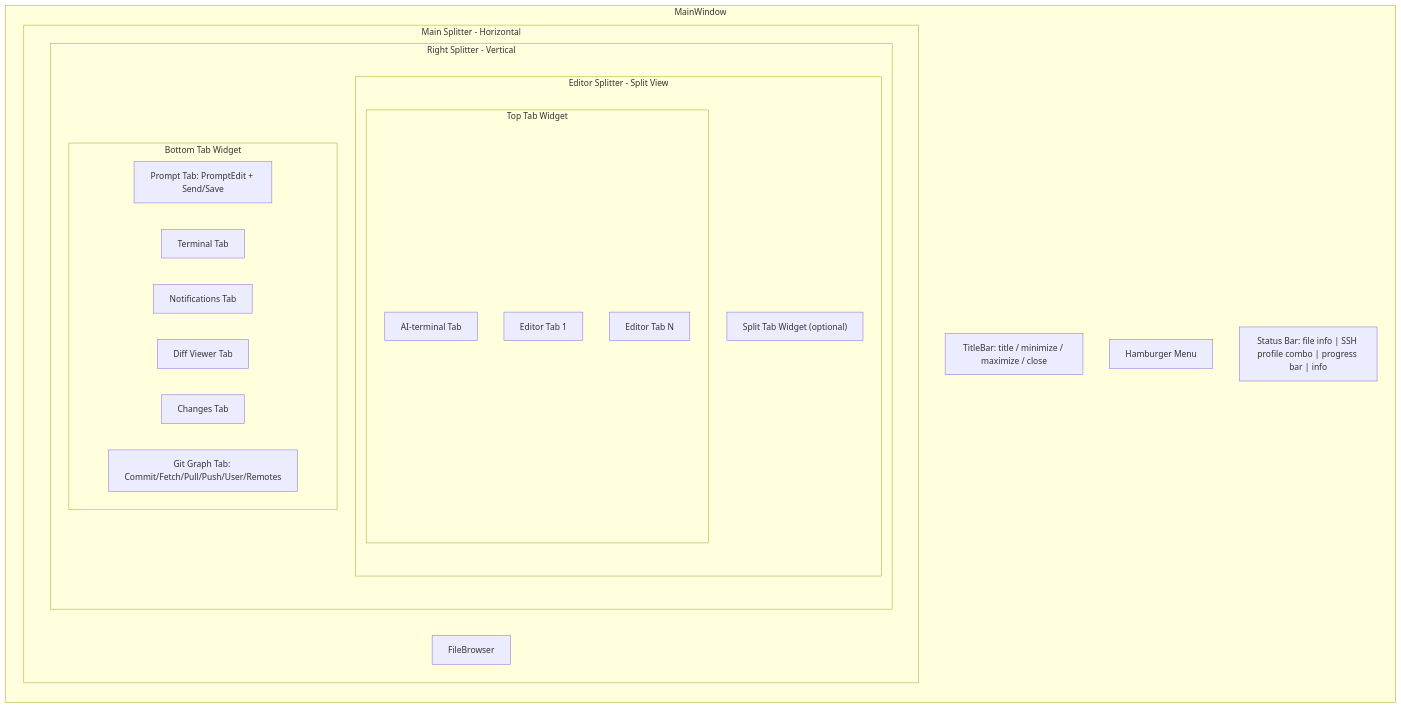
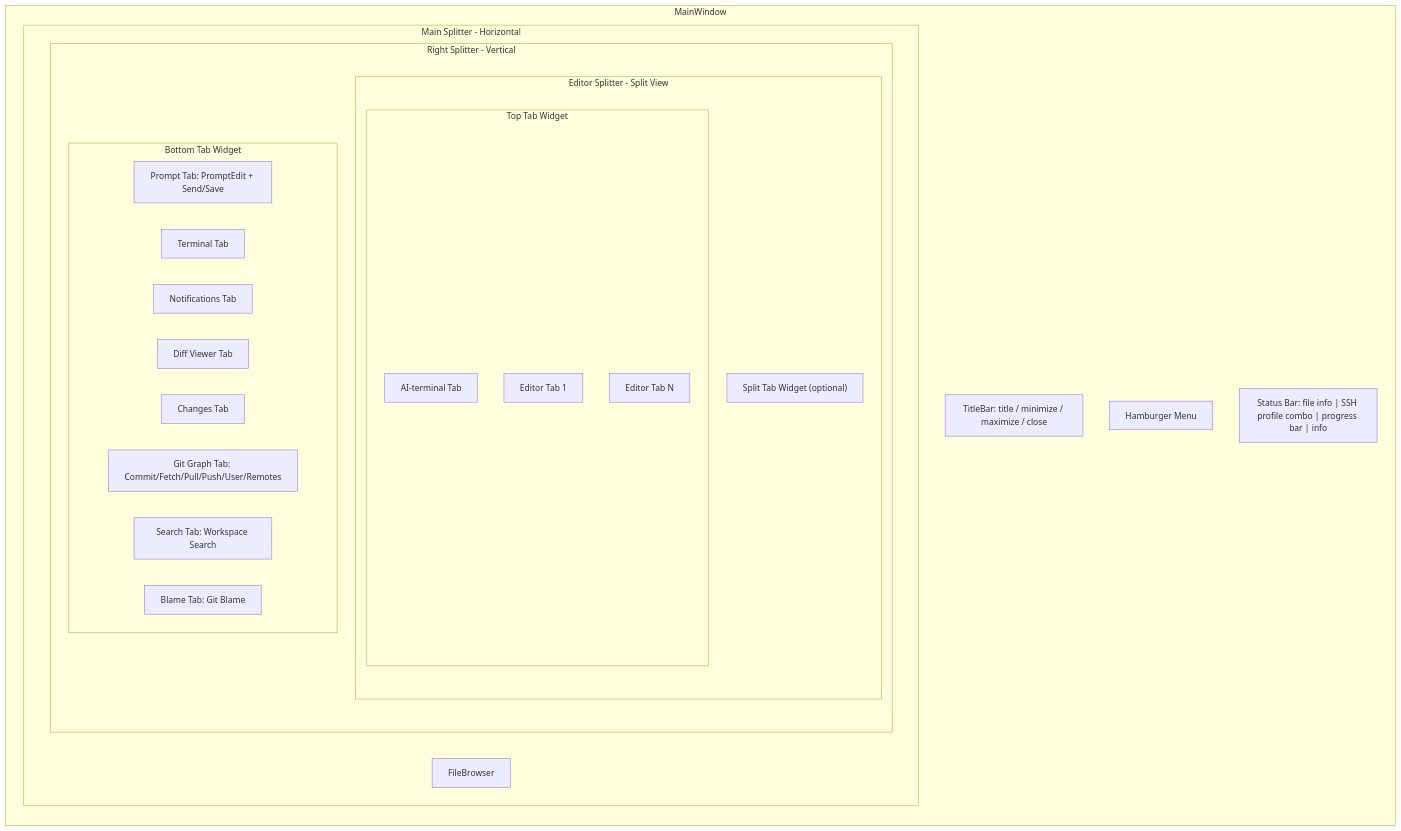
One commit to dkrse/vibe-coder changed the first of 20 diagrams in docs/diagrams.md. Above: the diagram before and after it, drawn with Mermaid. The commit also changed other lines of this file and 15 other files, not shown here.

````diff
--- a/docs/diagrams.md
+++ b/docs/diagrams.md
@@ -5,35 +5,37 @@
 ```mermaid
 graph TB
     subgraph MainWindow
         direction TB
         TB["TitleBar: title / minimize / maximize / close"]
         HM[Hamburger Menu]
         SB["Status Bar: file info | SSH profile combo | progress bar | info"]
 
         subgraph MainSplitter[Main Splitter - Horizontal]
             direction LR
             FB[FileBrowser]
 
             subgraph RightSplitter[Right Splitter - Vertical]
                 direction TB
                 subgraph EditorSplitter[Editor Splitter - Split View]
                     subgraph TabWidget[Top Tab Widget]
                         T0[AI-terminal Tab]
                         T1[Editor Tab 1]
                         T2[Editor Tab N]
                     end
                     STW["Split Tab Widget (optional)"]
                 end
 
                 subgraph BottomTabWidget[Bottom Tab Widget]
                     PT[Prompt Tab: PromptEdit + Send/Save]
                     BT[Terminal Tab]
                     NT[Notifications Tab]
                     DV[Diff Viewer Tab]
                     CM[Changes Tab]
                     GG[Git Graph Tab: Commit/Fetch/Pull/Push/User/Remotes]
+                    WS[Search Tab: Workspace Search]
+                    GB[Blame Tab: Git Blame]
                 end
             end
         end
     end
 ```
````
